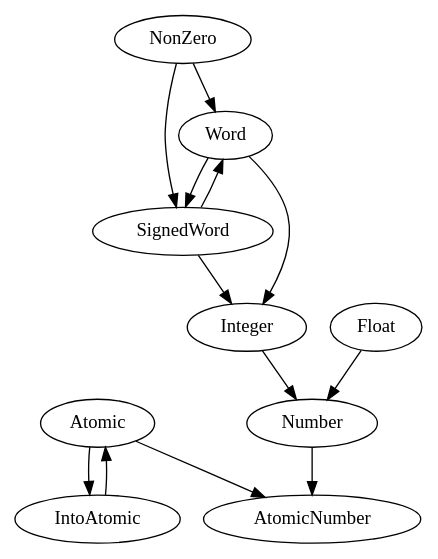
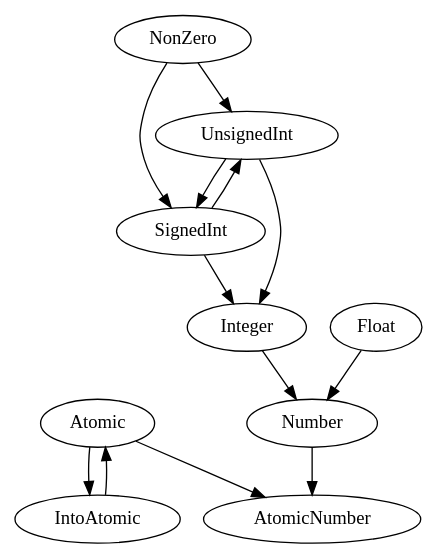
Before and after one commit to zommiommy/common_traits: the diagram in img/deps.dot, drawn with Graphviz. The commit also changed 17 other files, not shown here.

```diff
--- a/img/deps.dot
+++ b/img/deps.dot
@@ -1,19 +1,19 @@
 digraph G {
     Atomic -> IntoAtomic;
     IntoAtomic -> Atomic;
     
     Atomic -> AtomicNumber;
     Number -> AtomicNumber;
     
-    NonZero -> Word;
-    NonZero -> SignedWord;
+    NonZero -> UnsignedInt;
+    NonZero -> SignedInt;
     
-    Word -> Integer;
-    SignedWord -> Integer;
+    UnsignedInt -> Integer;
+    SignedInt -> Integer;
     
-    Word -> SignedWord;
-    SignedWord -> Word;
+    UnsignedInt -> SignedInt;
+    SignedInt -> UnsignedInt;
 
     Float -> Number;
     Integer -> Number;
 }
```
